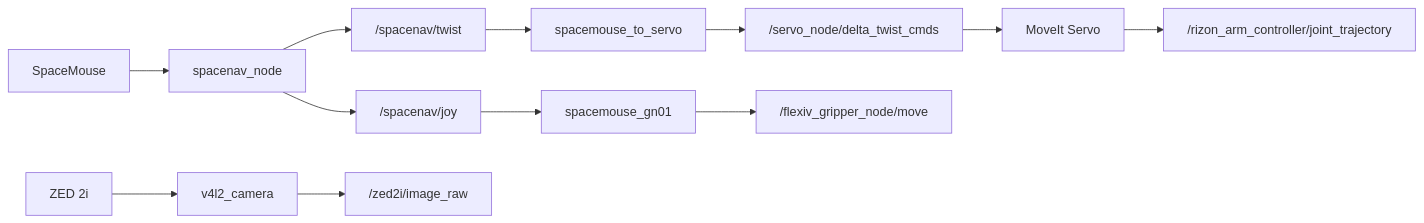
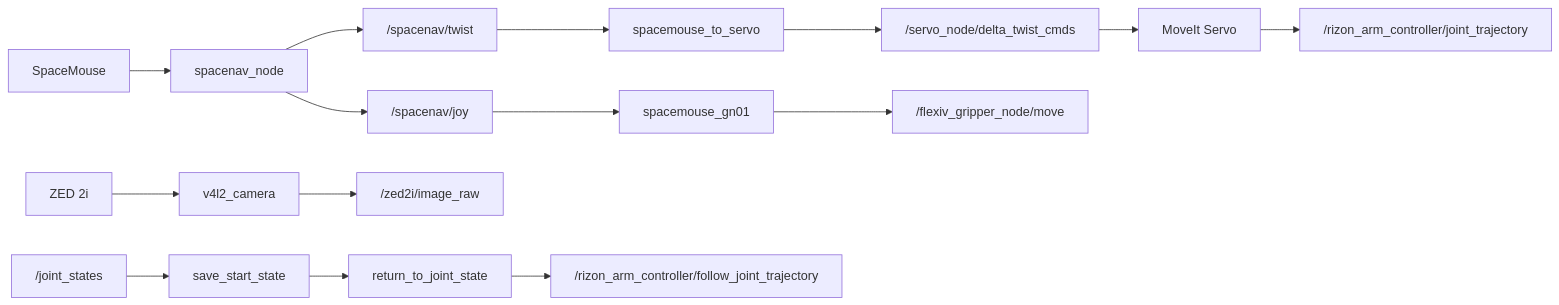
One commit to ZihaoLu001/flexiv-spacemouse-teleop changed the diagram in README.md. Above: the diagram before and after it, drawn with Mermaid. The commit also changed other lines of this file and 25 other files, not shown here.

````diff
--- a/README.md
+++ b/README.md
@@ -113,14 +131,17 @@
 ```mermaid
 flowchart LR
   sm["SpaceMouse"] --> spn["spacenav_node"]
   spn --> twist["/spacenav/twist"]
   spn --> joy["/spacenav/joy"]
   twist --> bridge["spacemouse_to_servo"]
   bridge --> servoTopic["/servo_node/delta_twist_cmds"]
   servoTopic --> servo["MoveIt Servo"]
   servo --> traj["/rizon_arm_controller/joint_trajectory"]
   joy --> grip["spacemouse_gn01"]
   grip --> action["/flexiv_gripper_node/move"]
   zed["ZED 2i"] --> cam["v4l2_camera"]
   cam --> image["/zed2i/image_raw"]
+  js["/joint_states"] --> save["save_start_state"]
+  save --> restore["return_to_joint_state"]
+  restore --> controller["/rizon_arm_controller/follow_joint_trajectory"]
 ```
````
